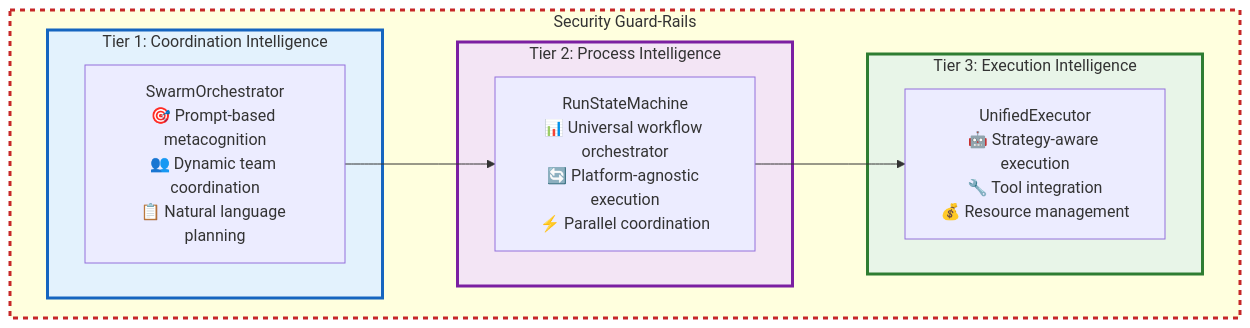
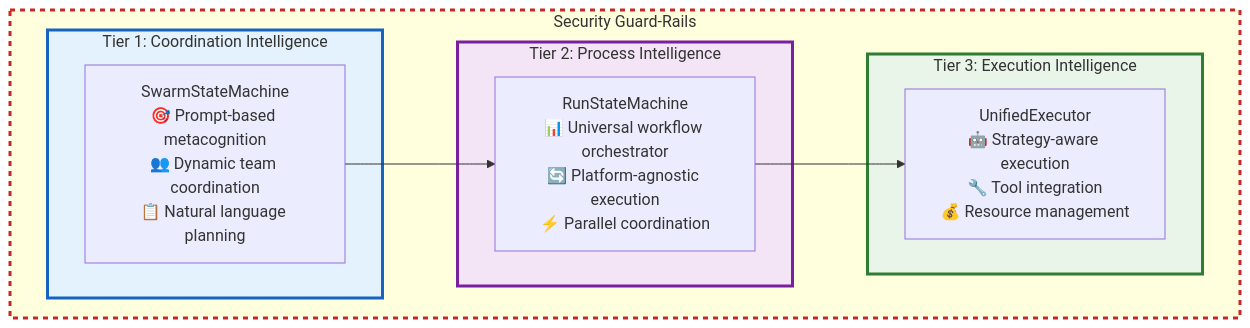
The tenth of 51 diagrams in docs/ai-execution-architecture.md (Vrooli/Vrooli), drawn with Mermaid before and after one commit. The commit also changed other lines of this file, not shown here.

Commit message:
Execution architecture p11

````diff
--- a/docs/ai-execution-architecture.md
+++ b/docs/ai-execution-architecture.md
@@ -366,19 +366,19 @@
 ```mermaid
 graph TD
     subgraph SecurityBoundary ["Security Guard-Rails"]
         subgraph Tier1 [Tier 1: Coordination Intelligence]
-            T1[SwarmOrchestrator<br/>🎯 Prompt-based metacognition<br/>👥 Dynamic team coordination<br/>📋 Natural language planning]
+            T1[SwarmStateMachine<br/>🎯 Prompt-based metacognition<br/>👥 Dynamic team coordination<br/>📋 Natural language planning]
         end
         subgraph Tier2 [Tier 2: Process Intelligence]
             T2[RunStateMachine<br/>📊 Universal workflow orchestrator<br/>🔄 Platform-agnostic execution<br/>⚡ Parallel coordination]
         end
         subgraph Tier3 [Tier 3: Execution Intelligence]
             T3[UnifiedExecutor<br/>🤖 Strategy-aware execution<br/>🔧 Tool integration<br/>💰 Resource management]
         end
         T1 --> T2 --> T3
     end
     style SecurityBoundary stroke:#c62828,stroke-width:3px,stroke-dasharray:5 5
     style Tier1 fill:#e3f2fd,stroke:#1565c0,stroke-width:3px
     style Tier2 fill:#f3e5f5,stroke:#7b1fa2,stroke-width:3px
     style Tier3 fill:#e8f5e8,stroke:#2e7d32,stroke-width:3px
 ```
````
